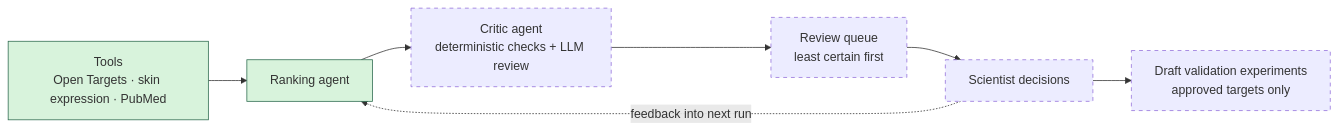
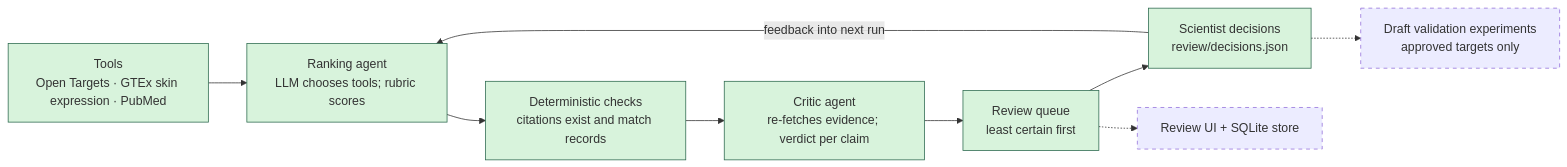
The diagram in README.md (yukapooka/target-evidence-agent), drawn with Mermaid before and after one commit. The commit also changed other lines of this file and 8 other files, not shown here.

````diff
--- a/README.md
+++ b/README.md
@@ -11,14 +18,16 @@
 ```mermaid
 flowchart LR
-    T["Tools<br/>Open Targets · skin expression · PubMed"] --> R["Ranking agent"]
-    R --> C["Critic agent<br/>deterministic checks + LLM review"]
+    T["Tools<br/>Open Targets · GTEx skin expression · PubMed"] --> R["Ranking agent<br/>LLM chooses tools; rubric scores"]
+    R --> D["Deterministic checks<br/>citations exist and match records"]
+    D --> C["Critic agent<br/>re-fetches evidence; verdict per claim"]
     C --> Q["Review queue<br/>least certain first"]
-    Q --> H["Scientist decisions"]
-    H -.->|feedback into next run| R
-    H --> E["Draft validation experiments<br/>approved targets only"]
+    Q --> H["Scientist decisions<br/>review/decisions.json"]
+    H -->|feedback into next run| R
+    H -.-> E["Draft validation experiments<br/>approved targets only"]
+    Q -.-> U["Review UI + SQLite store"]
 
     classDef built fill:#d8f3dc,stroke:#2d6a4f;
     classDef planned stroke-dasharray: 5 5;
-    class T,R built;
-    class C,Q,H,E planned;
+    class T,R,D,C,Q,H built;
+    class E,U planned;
 ```
````
